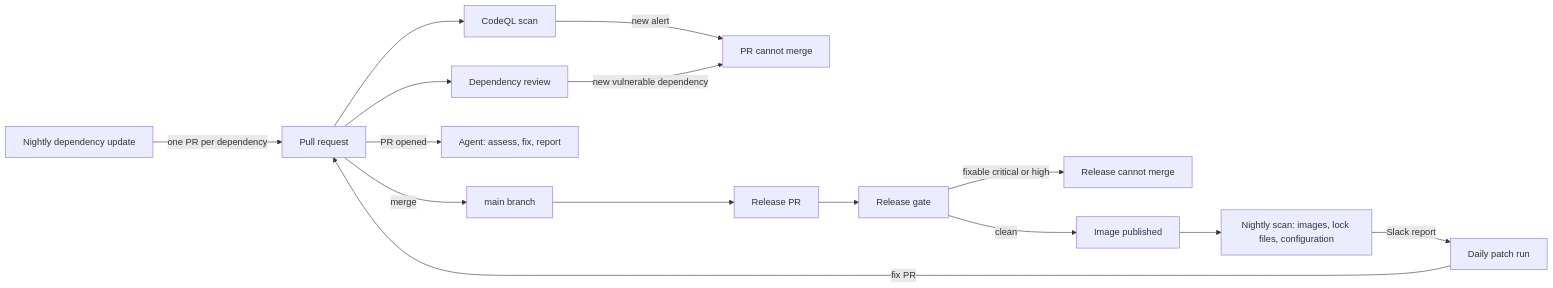
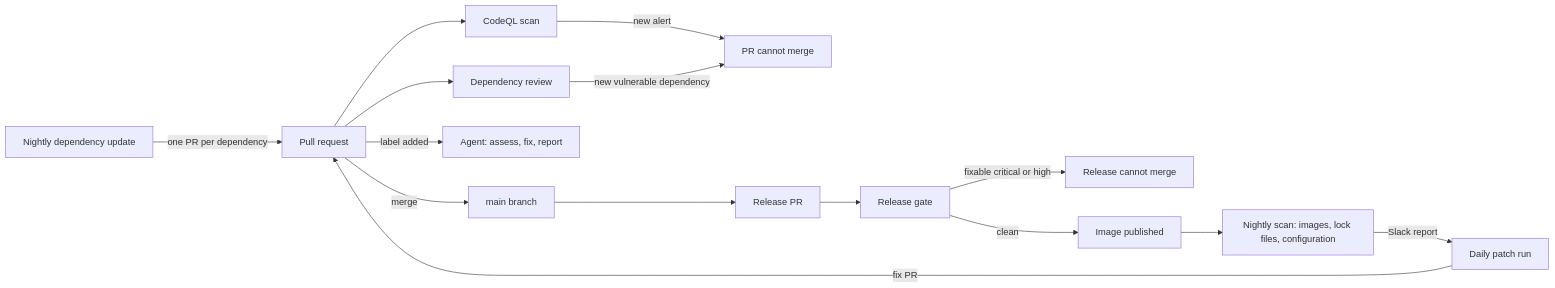
The diagram in SECURITY-PROCESS.md (Unique-AG/connectors), drawn with Mermaid before and after one commit. The commit also changed other lines of this file and 1 other file, not shown here.

Commit message:
docs(main): describe the label trigger of the PR automation

````diff
--- a/SECURITY-PROCESS.md
+++ b/SECURITY-PROCESS.md
@@ -12,17 +12,17 @@
 ```mermaid
 flowchart LR
   pr[Pull request] --> codeql[CodeQL scan]
   pr --> review[Dependency review]
   codeql -->|new alert| prStop[PR cannot merge]
   review -->|new vulnerable dependency| prStop
   nightlyUpdate[Nightly dependency update] -->|one PR per dependency| pr
-  pr -->|PR opened| agent[Agent: assess, fix, report]
+  pr -->|label added| agent[Agent: assess, fix, report]
   pr -->|merge| main[main branch]
   main --> releasePr[Release PR]
   releasePr --> gate[Release gate]
   gate -->|fixable critical or high| relStop[Release cannot merge]
   gate -->|clean| published[Image published]
   published --> nightlyScan["Nightly scan: images, lock files, configuration"]
   nightlyScan -->|Slack report| patchRun[Daily patch run]
   patchRun -->|fix PR| pr
 ```
````
